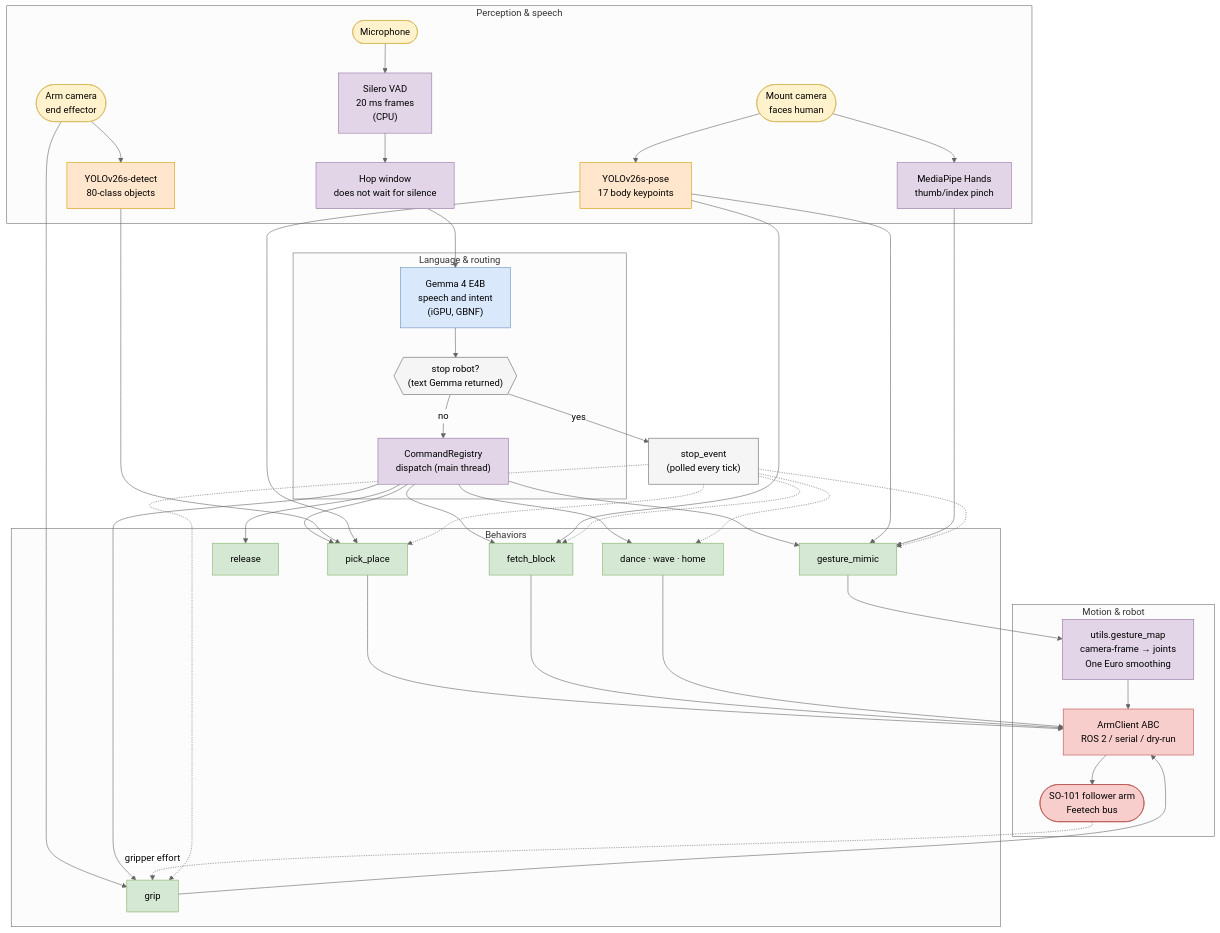
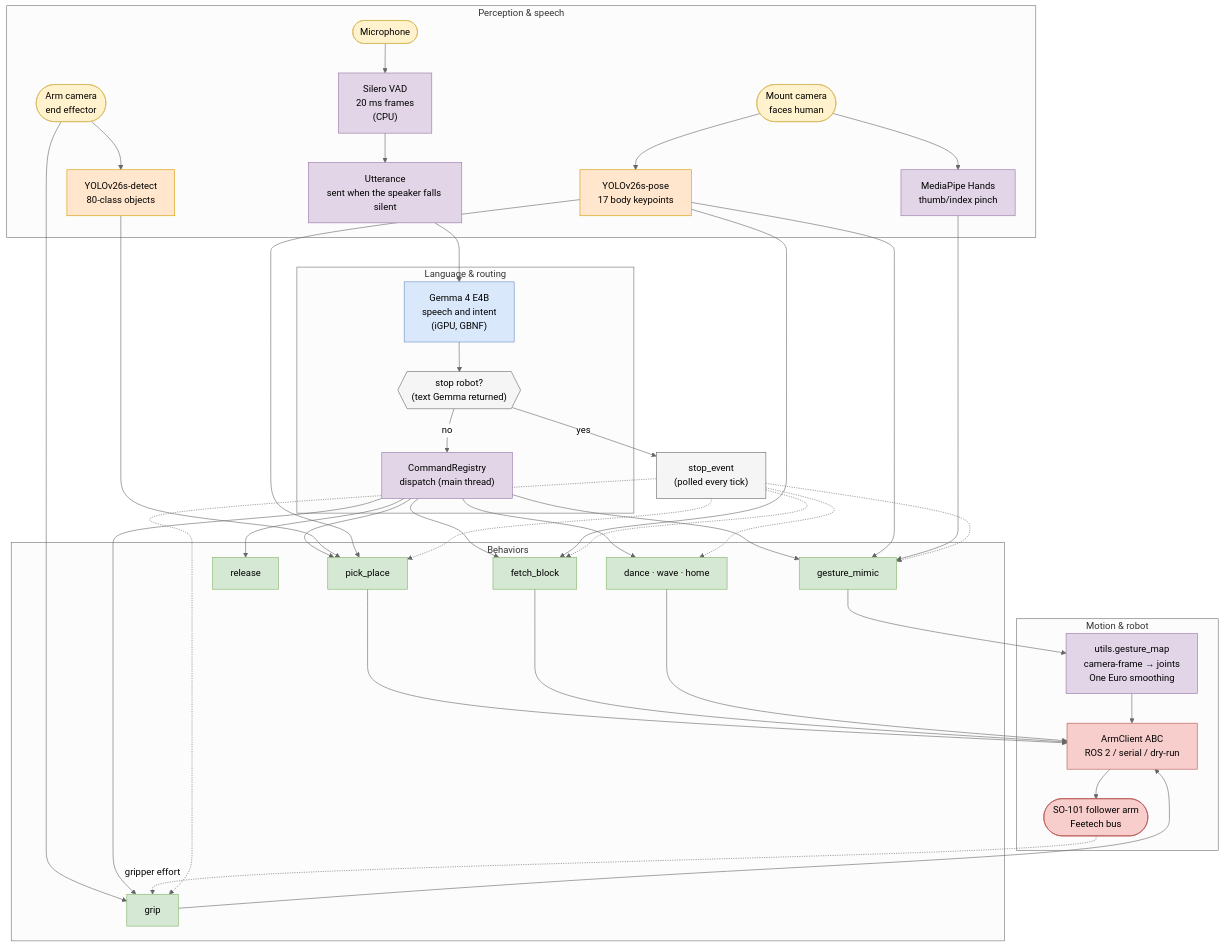
Before and after one commit to amd/embedded-x86-ai: the first of 3 diagrams in workshops/vvla-pipeline/README.md, drawn with Mermaid (neutral theme). The commit also changed other lines of this file and 16 other files, not shown here.

````diff
--- a/workshops/vvla-pipeline/README.md
+++ b/workshops/vvla-pipeline/README.md
@@ -12,72 +12,72 @@
 ```mermaid
 flowchart TB
     subgraph SENSE["Perception &amp; speech"]
         MIC([Microphone]):::io
         MOUNTCAM([Mount camera<br/>faces human]):::io
         ARMCAM([Arm camera<br/>end effector]):::io
 
         SILERO["Silero VAD<br/>20 ms frames<br/>(CPU)"]:::cpu
-        HOP["Hop window<br/>does not wait for silence"]:::cpu
+        HOP["Utterance<br/>sent when the speaker falls silent"]:::cpu
         POSE["YOLOv26s-pose<br/>17 body keypoints"]:::npu
         DETECT["YOLOv26s-detect<br/>80-class objects"]:::npu
         HANDS["MediaPipe Hands<br/>thumb/index pinch"]:::cpu
     end
 
     subgraph THINK["Language &amp; routing"]
         GEMMA["Gemma 4 E4B<br/>speech and intent<br/>(iGPU, GBNF)"]:::gpu
         STOPCHK{{"stop robot?<br/>(text Gemma returned)"}}:::gate
         REG["CommandRegistry<br/>dispatch (main thread)"]:::cpu
     end
 
     subgraph ACT["Behaviors"]
         MIMIC["gesture_mimic"]:::beh
         PICK["pick_place"]:::beh
         FETCH["fetch_block"]:::beh
         GRIP["grip"]:::beh
         RELEASE["release"]:::beh
         OTHER["dance · wave · home"]:::beh
     end
 
     subgraph MOVE["Motion &amp; robot"]
         RETARGET["utils.gesture_map<br/>camera-frame → joints<br/>One Euro smoothing"]:::cpu
         ARMCLIENT["ArmClient ABC<br/>ROS 2 / serial / dry-run"]:::robot
         ARM([SO-101 follower arm<br/>Feetech bus]):::robot
     end
 
     STOPEVENT["stop_event<br/>(polled every tick)"]:::gate
 
     MIC --> SILERO --> HOP --> GEMMA --> STOPCHK
     STOPCHK -- "no" --> REG
     STOPCHK -- "yes" --> STOPEVENT
 
     MOUNTCAM --> POSE
     MOUNTCAM --> HANDS
     ARMCAM --> DETECT
     ARMCAM --> GRIP
 
     REG --> MIMIC & PICK & FETCH & GRIP & RELEASE & OTHER
 
     POSE --> MIMIC
     HANDS --> MIMIC
     DETECT --> PICK
     POSE --> PICK
     POSE --> FETCH
 
     MIMIC --> RETARGET --> ARMCLIENT
     PICK --> ARMCLIENT
     FETCH --> ARMCLIENT
     GRIP --> ARMCLIENT
     OTHER --> ARMCLIENT
     ARMCLIENT --> ARM
     ARM -. "gripper effort" .-> GRIP
 
     STOPEVENT -.-> MIMIC & PICK & FETCH & GRIP & OTHER
 
     classDef npu fill:#ffe6cc,stroke:#d79b00,color:#000;
     classDef gpu fill:#dae8fc,stroke:#6c8ebf,color:#000;
     classDef cpu fill:#e1d5e7,stroke:#9673a6,color:#000;
     classDef beh fill:#d5e8d4,stroke:#82b366,color:#000;
     classDef robot fill:#f8cecc,stroke:#b85450,color:#000;
     classDef io fill:#fff2cc,stroke:#d6b656,color:#000;
     classDef gate fill:#f5f5f5,stroke:#666,color:#000;
 ```
````
